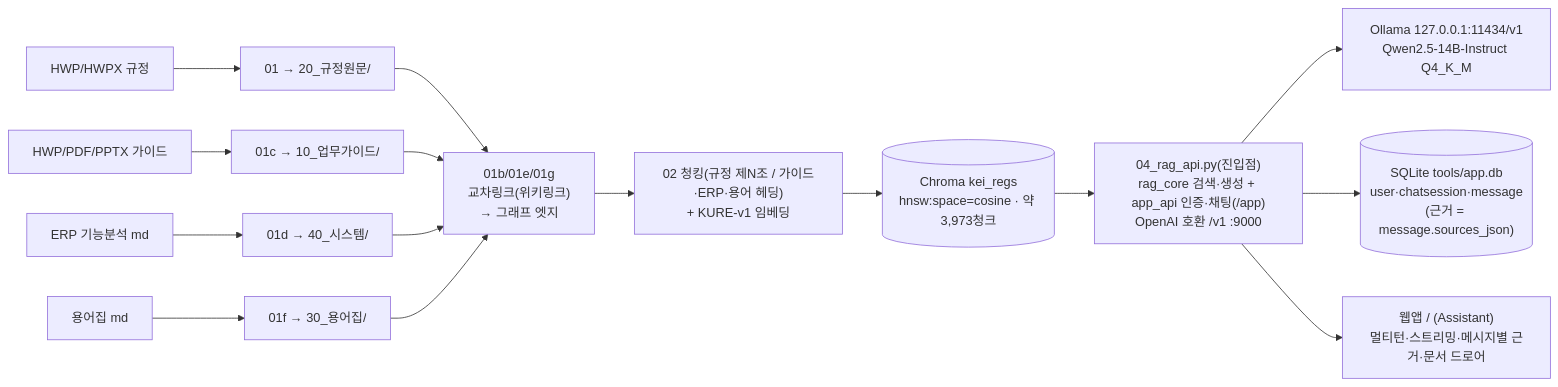
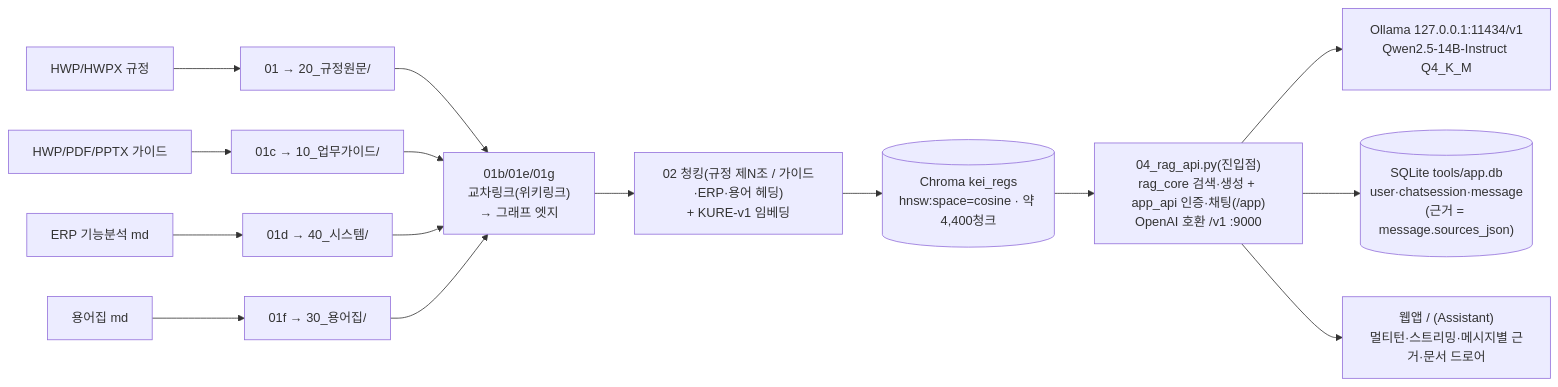
One commit to mooner92/KEIAdminSuperv changed the second of 3 diagrams in README.md. Above: the diagram before and after it, drawn with Mermaid. The commit also changed other lines of this file and 13 other files, not shown here.

````diff
--- a/README.md
+++ b/README.md
@@ -214,17 +230,17 @@
 ```mermaid
 flowchart LR
     HWP["HWP/HWPX 규정"] --> S01["01 → 20_규정원문/"]
     GD["HWP/PDF/PPTX 가이드"] --> S1C["01c → 10_업무가이드/"]
     ERP["ERP 기능분석 md"] --> S1D["01d → 40_시스템/"]
     TRM["용어집 md"] --> S1F["01f → 30_용어집/"]
     S01 --> XL["01b/01e/01g<br/>교차링크(위키링크)<br/>→ 그래프 엣지"]
     S1C --> XL
     S1D --> XL
     S1F --> XL
     XL --> S02["02 청킹(규정 제N조 / 가이드·ERP·용어 헤딩)<br/>+ KURE-v1 임베딩"]
-    S02 --> Chroma[("Chroma kei_regs<br/>hnsw:space=cosine · 약 3,973청크")]
+    S02 --> Chroma[("Chroma kei_regs<br/>hnsw:space=cosine · 약 4,400청크")]
     Chroma --> S04["04_rag_api.py(진입점)<br/>rag_core 검색·생성 + app_api 인증·채팅(/app)<br/>OpenAI 호환 /v1 :9000"]
     S04 --> Ollama["Ollama 127.0.0.1:11434/v1<br/>Qwen2.5-14B-Instruct Q4_K_M"]
     S04 --> DB[("SQLite tools/app.db<br/>user·chatsession·message<br/>(근거 = message.sources_json)")]
     S04 --> Chat["웹앱 / (Assistant)<br/>멀티턴·스트리밍·메시지별 근거·문서 드로어"]
 ```
````
